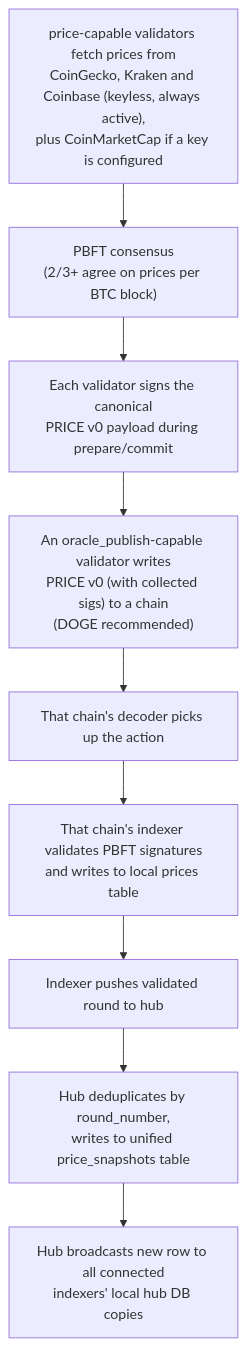
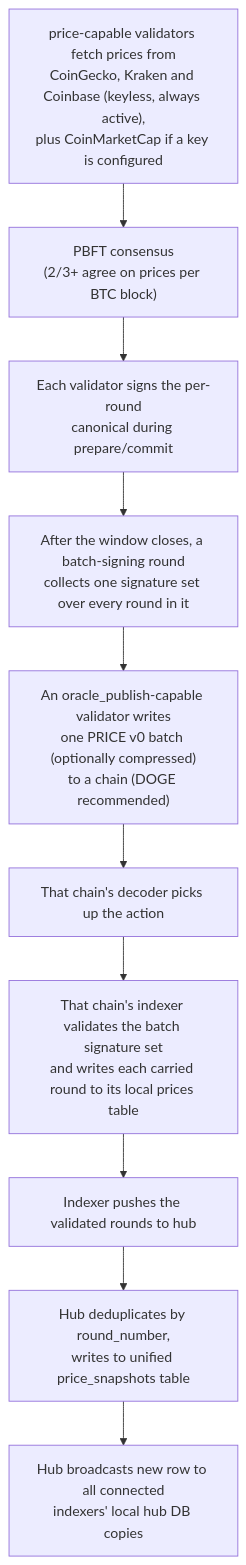
Before and after one commit to XChain-Platform/xchain-documentation: the first of 2 diagrams in protocol/actions/price.md, drawn with Mermaid. The commit also changed other lines of this file and 45 other files, not shown here.

````diff
--- a/protocol/actions/price.md
+++ b/protocol/actions/price.md
@@ -228,14 +223,15 @@
 ```mermaid
 flowchart TD
     FETCH["price-capable validators fetch prices from<br>CoinGecko, Kraken and Coinbase (keyless, always active),<br>plus CoinMarketCap if a key is configured"]
     PBFT["PBFT consensus<br>(2/3+ agree on prices per BTC block)"]
-    SIGN["Each validator signs the canonical<br>PRICE v0 payload during prepare/commit"]
-    PUBLISH["An oracle_publish-capable validator writes<br>PRICE v0 (with collected sigs) to a chain<br>(DOGE recommended)"]
+    SIGN["Each validator signs the per-round<br>canonical during prepare/commit"]
+    BATCHSIGN["After the window closes, a batch-signing round<br>collects one signature set over every round in it"]
+    PUBLISH["An oracle_publish-capable validator writes<br>one PRICE v0 batch (optionally compressed)<br>to a chain (DOGE recommended)"]
     DECODE["That chain's decoder picks up the action"]
-    VALIDATE["That chain's indexer validates PBFT signatures<br>and writes to local prices table"]
-    PUSH["Indexer pushes validated round to hub"]
+    VALIDATE["That chain's indexer validates the batch signature set<br>and writes each carried round to its local prices table"]
+    PUSH["Indexer pushes the validated rounds to hub"]
     DEDUPE["Hub deduplicates by round_number,<br>writes to unified price_snapshots table"]
     BROADCAST["Hub broadcasts new row to all connected<br>indexers' local hub DB copies"]
 
-    FETCH --> PBFT --> SIGN --> PUBLISH --> DECODE --> VALIDATE --> PUSH --> DEDUPE --> BROADCAST
+    FETCH --> PBFT --> SIGN --> BATCHSIGN --> PUBLISH --> DECODE --> VALIDATE --> PUSH --> DEDUPE --> BROADCAST
 ```
````
